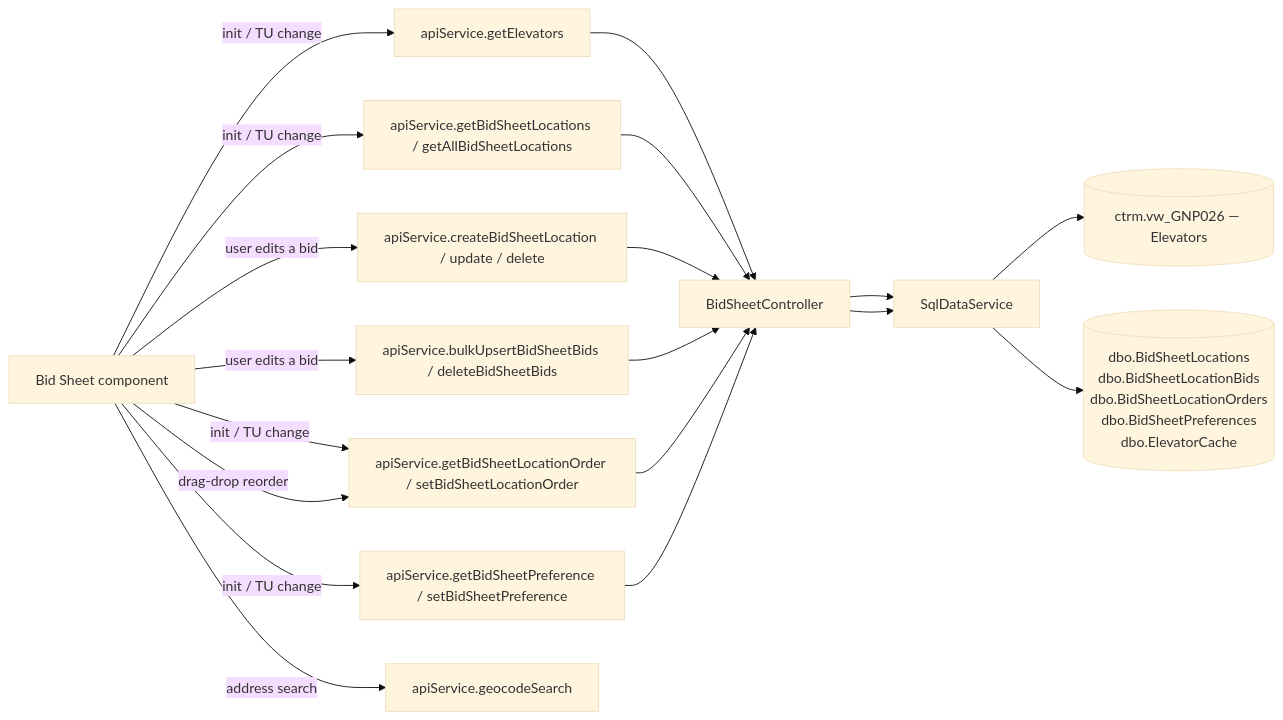
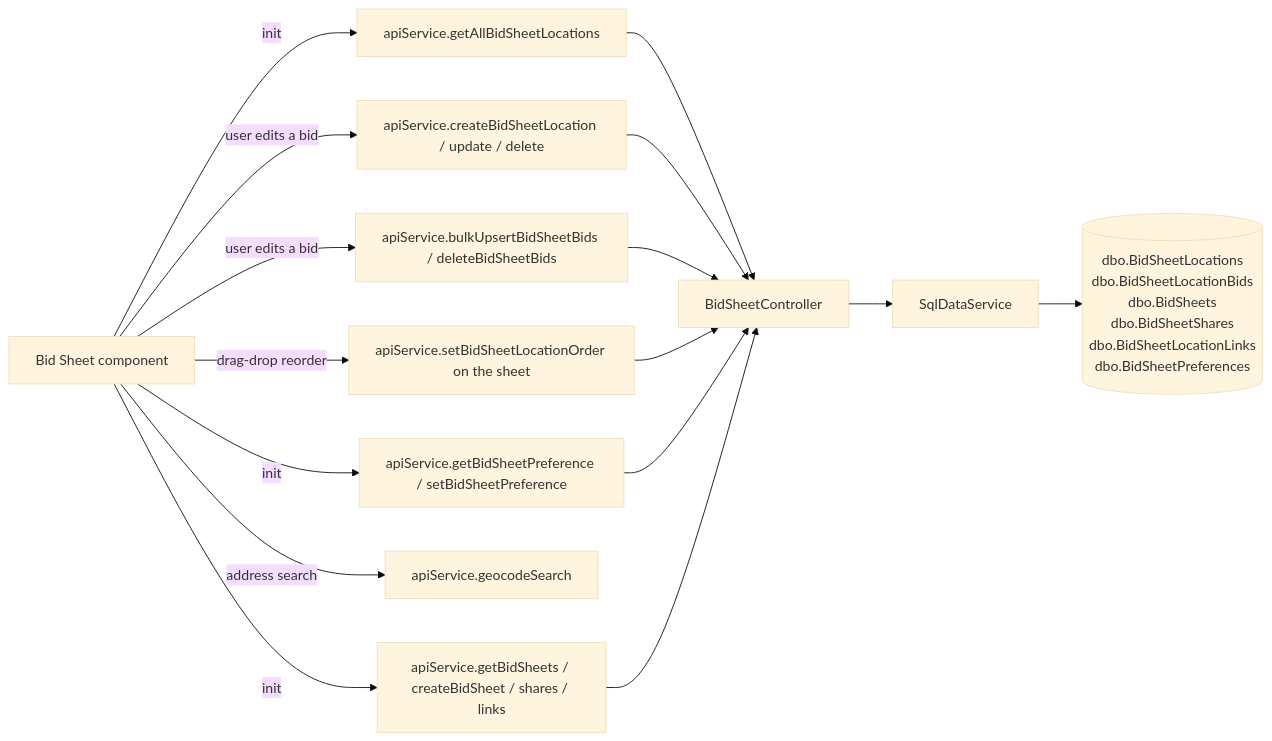
Before and after one commit to GrosseLimace/origination: the diagram in docs/application-context/Bid Sheet.md, drawn with Mermaid (base theme). The commit also changed other lines of this file and 1 other file, not shown here.

First line of the commit message:
docs(bid-sheet): describe the sheet model, not the trade-unit one

````diff
--- a/docs/application-context/Bid Sheet.md
+++ b/docs/application-context/Bid Sheet.md
@@ -29,22 +29,20 @@
 ```mermaid
 flowchart LR
     UI[Bid Sheet component]
-    Elev[apiService.getElevators]
-    Locs[apiService.getBidSheetLocations / getAllBidSheetLocations]
+    Locs[apiService.getAllBidSheetLocations]
     SaveLoc[apiService.createBidSheetLocation / update / delete]
     Bids[apiService.bulkUpsertBidSheetBids / deleteBidSheetBids]
-    Order[apiService.getBidSheetLocationOrder / setBidSheetLocationOrder]
+    Order[apiService.setBidSheetLocationOrder on the sheet]
     Pref[apiService.getBidSheetPreference / setBidSheetPreference]
     Geo[apiService.geocodeSearch]
+    Sheets[apiService.getBidSheets / createBidSheet / shares / links]
     CTL[BidSheetController]
     SVC[SqlDataService]
-    ODS[(ctrm.vw_GNP026 — Elevators)]
-    APP[(dbo.BidSheetLocations<br/>dbo.BidSheetLocationBids<br/>dbo.BidSheetLocationOrders<br/>dbo.BidSheetPreferences<br/>dbo.ElevatorCache)]
+    APP[(dbo.BidSheetLocations<br/>dbo.BidSheetLocationBids<br/>dbo.BidSheets<br/>dbo.BidSheetShares<br/>dbo.BidSheetLocationLinks<br/>dbo.BidSheetPreferences)]
 
-    UI -- "init / TU change" --> Elev & Locs & Order & Pref
+    UI -- "init" --> Locs & Sheets & Pref
     UI -- "user edits a bid" --> SaveLoc & Bids
     UI -- "drag-drop reorder" --> Order
     UI -- "address search" --> Geo
-    Elev --> CTL --> SVC --> ODS
-    Locs & SaveLoc & Bids & Order & Pref --> CTL --> SVC --> APP
+    Locs & SaveLoc & Bids & Order & Pref & Sheets --> CTL --> SVC --> APP
 ```
````
